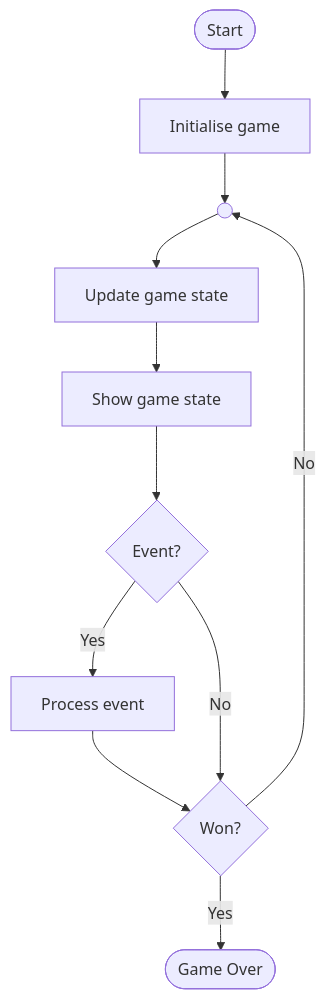
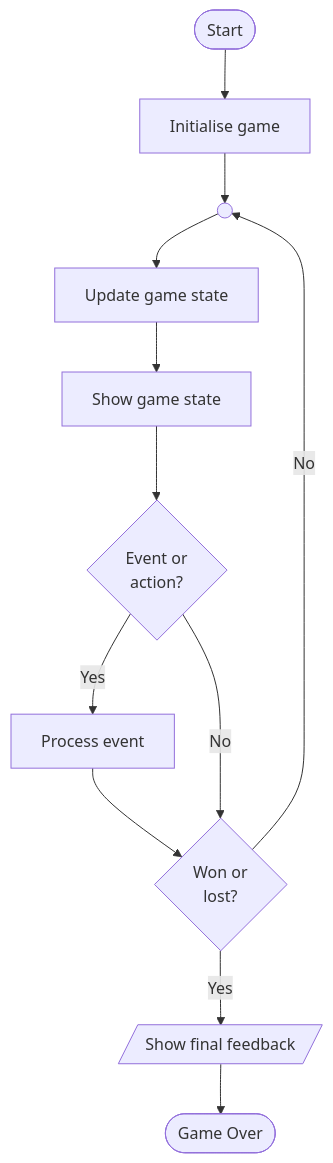
One commit to waimea-dt/how-do-i changed the third of 3 diagrams in docs/programming/algorithms/games.md. Above: the diagram before and after it, drawn with Mermaid. The commit also changed other lines of this file and 10 other files, not shown here.

Commit message:
More pseudo and mermaid tweaks, plus tree notes

````diff
--- a/docs/programming/algorithms/games.md
+++ b/docs/programming/algorithms/games.md
@@ -62,19 +115,20 @@
 ```mermaid
 flowchart TD
     %% Define nodes
     start([Start])
     init[Initialise game]
     loop(( ))
-    event{Event?}
+    event{Event or<br>action?}
     process[Process event]
     update[Update game state]
     show[Show game state]
-    win{Won?}
+    win{Won or<br>lost?}
+    feedback[/"Show final feedback"/]
     over([Game Over])
 
     %% Define links
     start --> init --> loop --> update --> show --> event -- Yes --> process --> win
     event -- No --> win
-    win -- Yes --> over
+    win -- Yes --> feedback --> over
     win -- No --> loop
 ```
````
